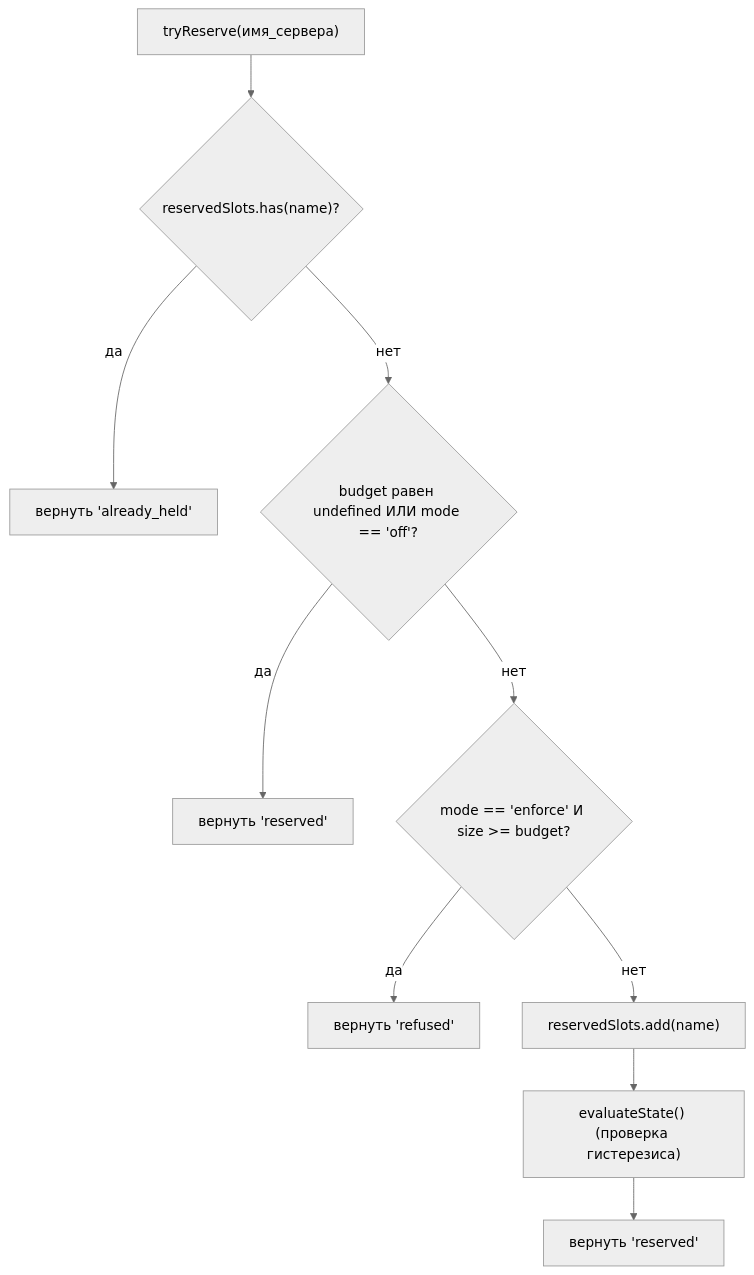
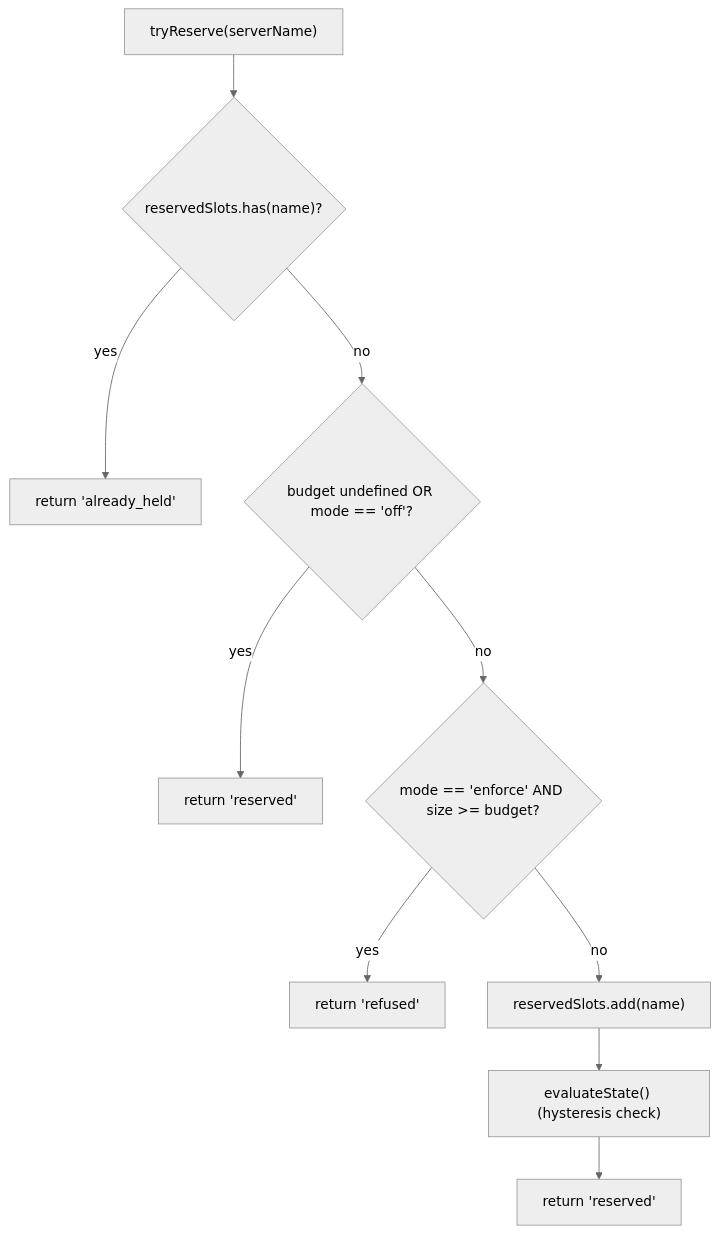
The first of 3 diagrams in website/content/ru/developers/daemon/06-mcp-budget-guardrails.md (QwenLM/qwen-code-docs), drawn with Mermaid (neutral theme) before and after one commit. The commit also changed other lines of this file and 1077 other files, not shown here.

````diff
--- a/website/content/ru/developers/daemon/06-mcp-budget-guardrails.md
+++ b/website/content/ru/developers/daemon/06-mcp-budget-guardrails.md
@@ -57,12 +57,12 @@
 ```mermaid
 flowchart TD
-    A["tryReserve(имя_сервера)"] --> B{"reservedSlots.has(name)?"}
-    B -->|да| AH["вернуть 'already_held'"]
-    B -->|нет| C{"budget равен undefined ИЛИ mode == 'off'?"}
-    C -->|да| R["вернуть 'reserved'"]
-    C -->|нет| D{"mode == 'enforce' И size >= budget?"}
-    D -->|да| RF["вернуть 'refused'"]
-    D -->|нет| ADD["reservedSlots.add(name)"]
-    ADD --> EV["evaluateState() (проверка гистерезиса)"]
-    EV --> R2["вернуть 'reserved'"]
+    A["tryReserve(serverName)"] --> B{"reservedSlots.has(name)?"}
+    B -->|yes| AH["return 'already_held'"]
+    B -->|no| C{"budget undefined OR mode == 'off'?"}
+    C -->|yes| R["return 'reserved'"]
+    C -->|no| D{"mode == 'enforce' AND size >= budget?"}
+    D -->|yes| RF["return 'refused'"]
+    D -->|no| ADD["reservedSlots.add(name)"]
+    ADD --> EV["evaluateState() (hysteresis check)"]
+    EV --> R2["return 'reserved'"]
 ```
````
